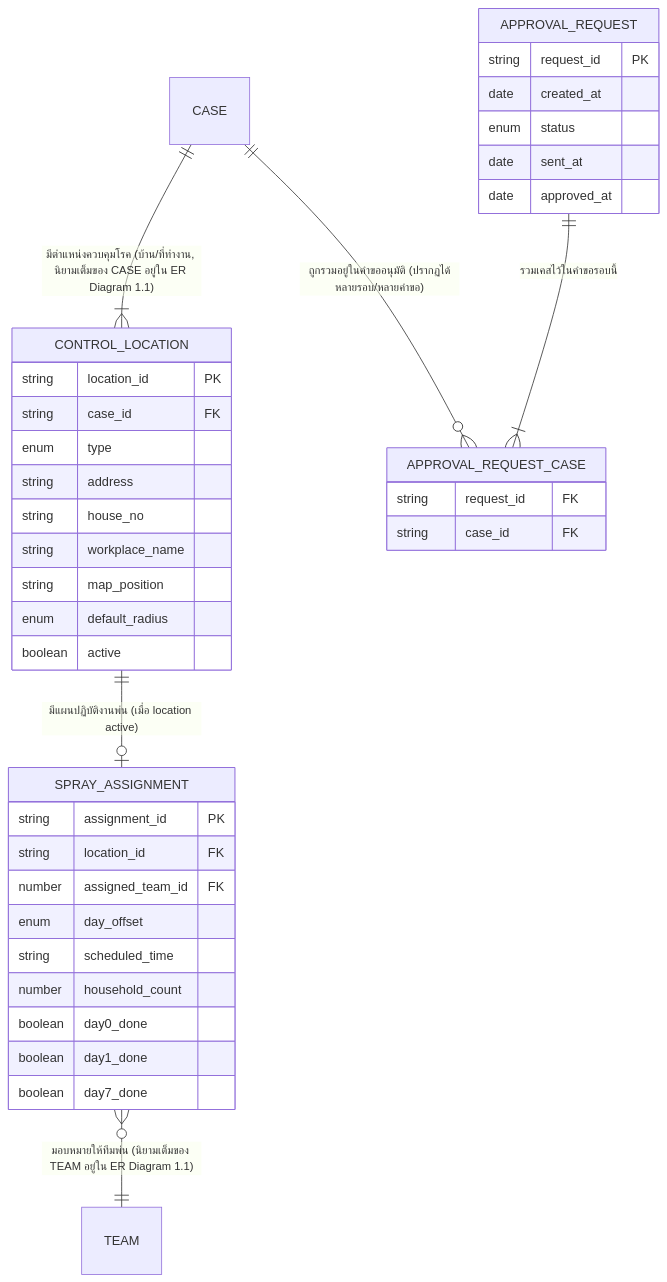
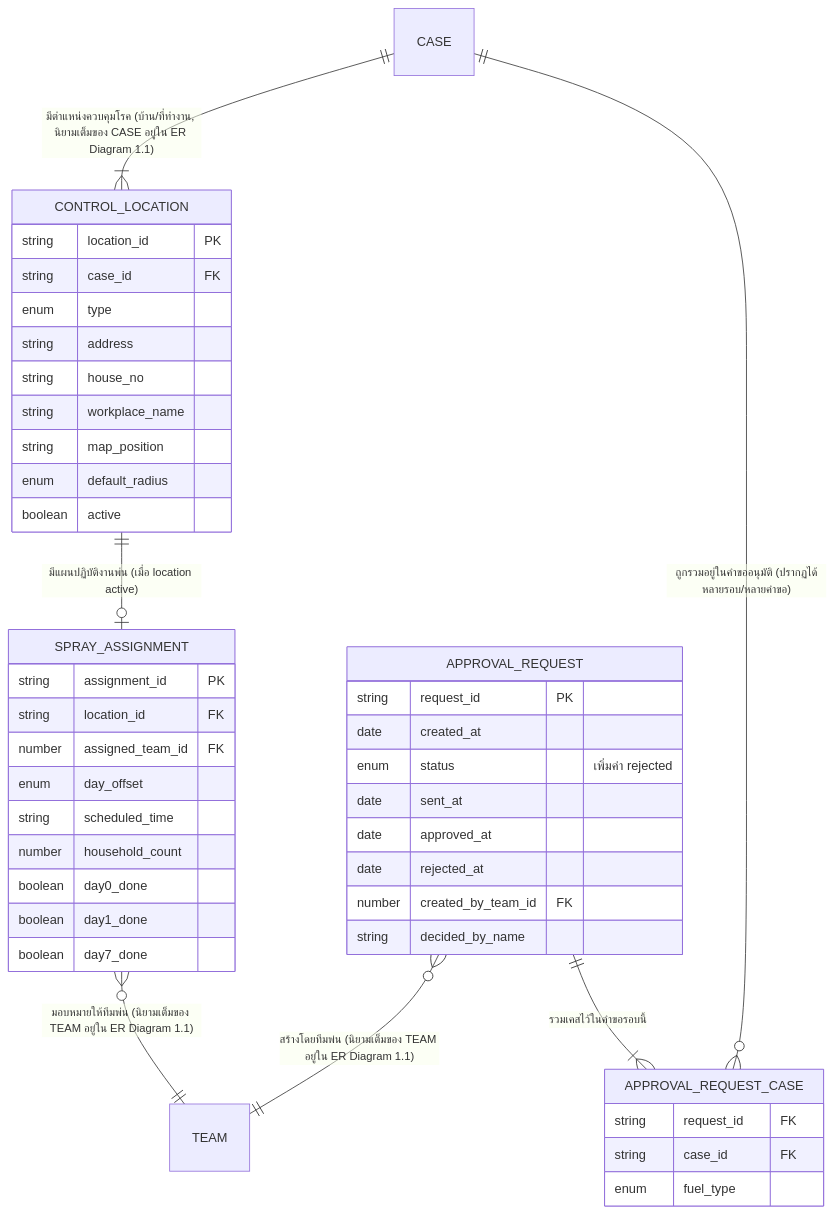
The fourth of 8 diagrams in docs/02-design/02-technical/DATA-MODEL.md (Plabuchill/AI-DSRP), drawn with Mermaid before and after one commit. The commit also changed other lines of this file and 10 other files, not shown here.

````diff
--- a/docs/02-design/02-technical/DATA-MODEL.md
+++ b/docs/02-design/02-technical/DATA-MODEL.md
@@ -152,42 +165,47 @@
 ```mermaid
 erDiagram
   CASE ||--|{ CONTROL_LOCATION : "มีตำแหน่งควบคุมโรค (บ้าน/ที่ทำงาน, นิยามเต็มของ CASE อยู่ใน ER Diagram 1.1)"
   CONTROL_LOCATION ||--o| SPRAY_ASSIGNMENT : "มีแผนปฏิบัติงานพ่น (เมื่อ location active)"
   SPRAY_ASSIGNMENT }o--|| TEAM : "มอบหมายให้ทีมพ่น (นิยามเต็มของ TEAM อยู่ใน ER Diagram 1.1)"
   APPROVAL_REQUEST ||--|{ APPROVAL_REQUEST_CASE : "รวมเคสไว้ในคำขอรอบนี้"
   CASE ||--o{ APPROVAL_REQUEST_CASE : "ถูกรวมอยู่ในคำขออนุมัติ (ปรากฏได้หลายรอบ/หลายคำขอ)"
+  APPROVAL_REQUEST }o--|| TEAM : "สร้างโดยทีมพ่น (นิยามเต็มของ TEAM อยู่ใน ER Diagram 1.1)"
 
   CONTROL_LOCATION {
     string location_id PK
     string case_id FK
     enum type
     string address
     string house_no
     string workplace_name
     string map_position
     enum default_radius
     boolean active
   }
   SPRAY_ASSIGNMENT {
     string assignment_id PK
     string location_id FK
     number assigned_team_id FK
     enum day_offset
     string scheduled_time
     number household_count
     boolean day0_done
     boolean day1_done
     boolean day7_done
   }
   APPROVAL_REQUEST {
     string request_id PK
     date created_at
-    enum status
+    enum status "เพิ่มค่า rejected"
     date sent_at
     date approved_at
+    date rejected_at
+    number created_by_team_id FK
+    string decided_by_name
   }
   APPROVAL_REQUEST_CASE {
     string request_id FK
     string case_id FK
+    enum fuel_type
   }
 ```
````
